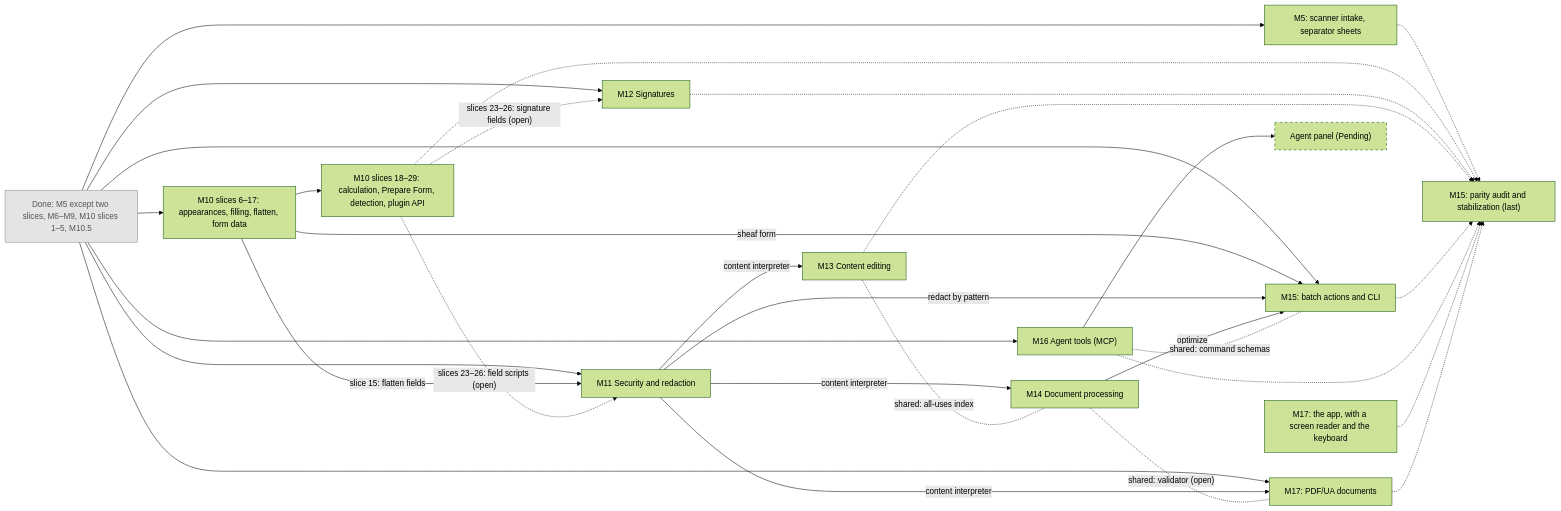
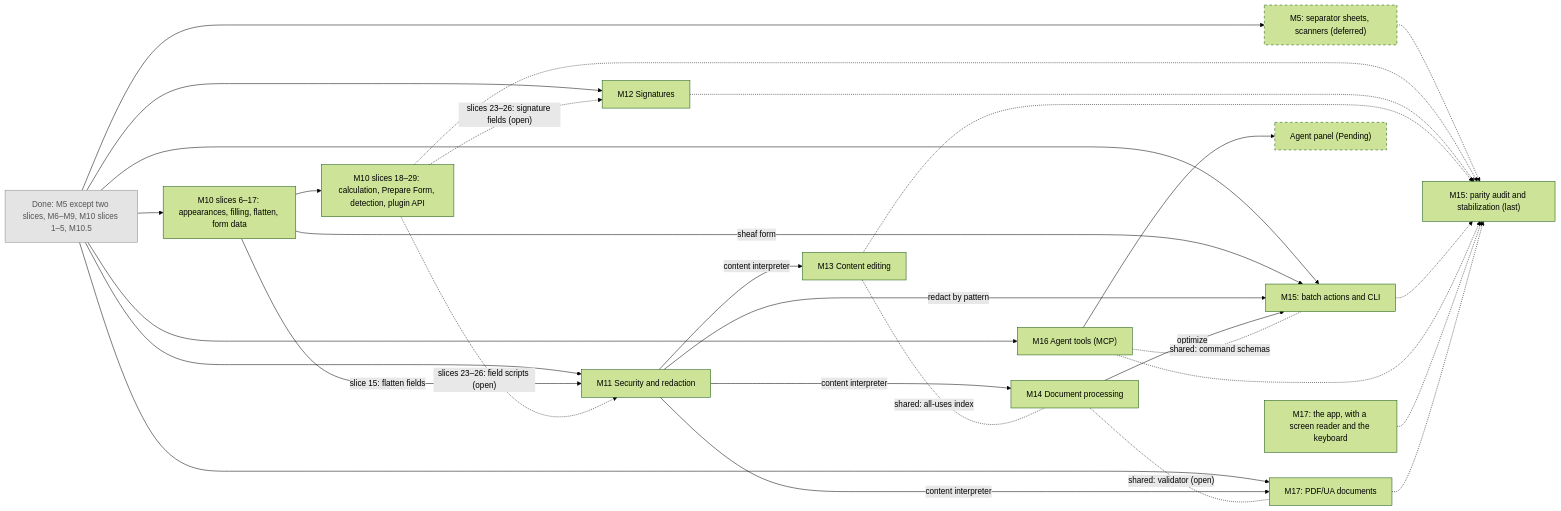
The diagram in ROADMAP.md (sheaf-pdf/sheaf), drawn with Mermaid (forest theme) before and after one commit. The commit also changed other lines of this file and 1 other file, not shown here.

First line of the commit message:
Docs: M5 deferred after slice 3; D17 ruled (#42)

````diff
--- a/ROADMAP.md
+++ b/ROADMAP.md
@@ -54,45 +54,46 @@
 ```mermaid
 graph LR
   fin["Done: M5 except two slices, M6–M9, M10 slices 1–5, M10.5"]
-  M5r["M5: scanner intake, separator sheets"]
+  M5r["M5: separator sheets, scanners (deferred)"]
   M10a["M10 slices 6–17: appearances, filling, flatten, form data"]
   M10b["M10 slices 18–29: calculation, Prepare Form, detection, plugin API"]
   M11["M11 Security and redaction"]
   M12["M12 Signatures"]
   M13["M13 Content editing"]
   M14["M14 Document processing"]
   M15a["M15: batch actions and CLI"]
   M15b["M15: parity audit and stabilization (last)"]
   M16["M16 Agent tools (MCP)"]
   M17a["M17: the app, with a screen reader and the keyboard"]
   M17b["M17: PDF/UA documents"]
   Panel["Agent panel (Pending)"]
 
   fin --> M10a --> M10b
   fin --> M5r
   fin --> M11
   M10a -->|"slice 15: flatten fields"| M11
   M10b -.->|"slices 23–26: field scripts (open)"| M11
   fin --> M12
   M10b -.->|"slices 23–26: signature fields (open)"| M12
   M11 -->|"content interpreter"| M13
   M11 -->|"content interpreter"| M14
   M13 -.-|"shared: all-uses index"| M14
   fin --> M15a
   M10a -->|"sheaf form"| M15a
   M11 -->|"redact by pattern"| M15a
   M14 -->|"optimize"| M15a
   fin --> M16
   M16 --> Panel
   M16 -.-|"shared: command schemas"| M15a
   fin --> M17b
   M11 -->|"content interpreter"| M17b
   M14 -.-|"shared: validator (open)"| M17b
   M5r & M10b & M12 & M13 & M15a & M16 & M17a & M17b -.-> M15b
 
   classDef done fill:#e4e4e4,stroke:#8a8a8a,color:#555
   classDef active fill:#fff1c2,stroke:#b08900,color:#333
   classDef pending stroke-dasharray:5 5
   class fin done
   class Panel pending
+  class M5r pending
 ```
````
